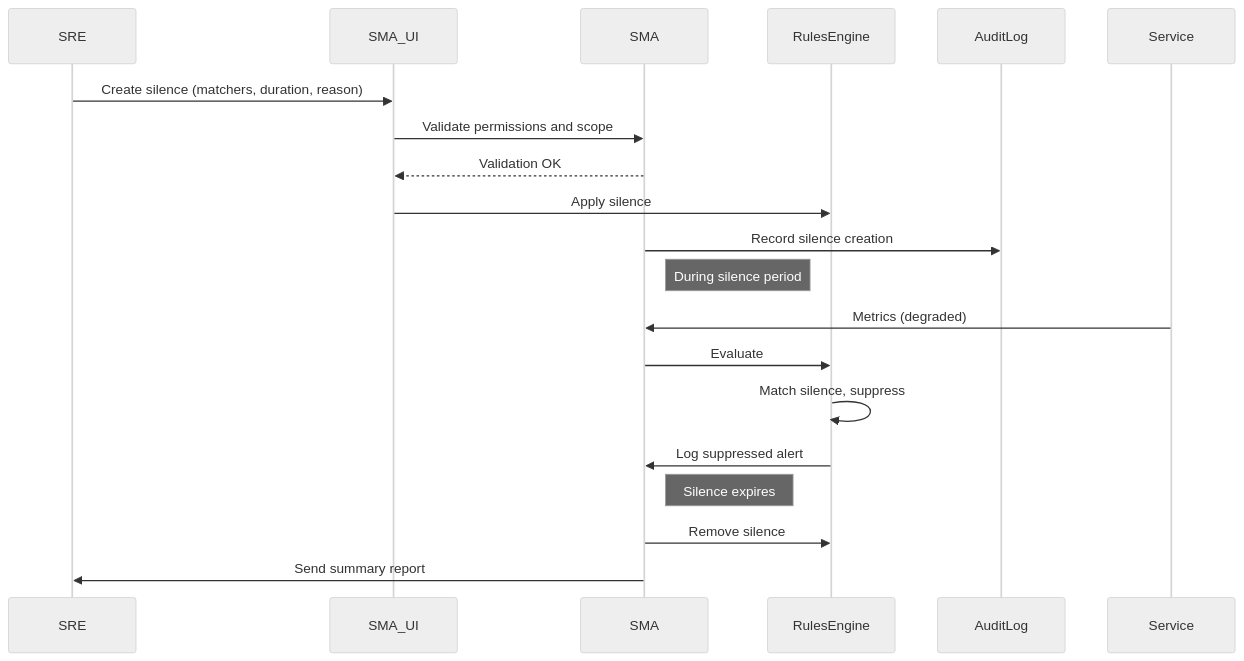
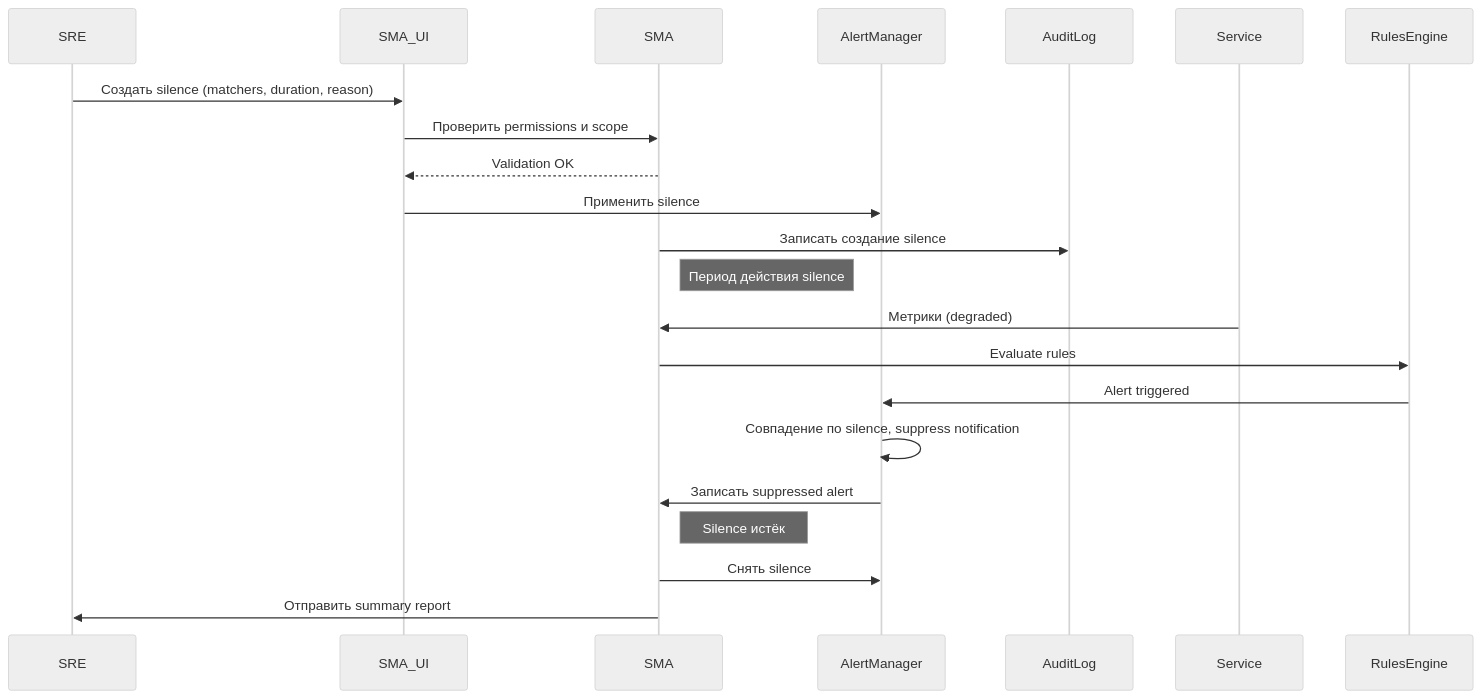
Before and after one commit to Deshelll/system-engineering: the fifth of 7 diagrams in src/conops.md, drawn with Mermaid (neutral theme). The commit also changed other lines of this file, not shown here.

````diff
--- a/src/conops.md
+++ b/src/conops.md
@@ -367,16 +366,17 @@
 ```mermaid
 sequenceDiagram
-SRE->>SMA_UI: Create silence (matchers, duration, reason)
-SMA_UI->>SMA: Validate permissions and scope
+SRE->>SMA_UI: Создать silence (matchers, duration, reason)
+SMA_UI->>SMA: Проверить permissions и scope
 SMA-->>SMA_UI: Validation OK
-SMA_UI->>RulesEngine: Apply silence
-SMA->>AuditLog: Record silence creation
-Note right of SMA: During silence period
-Service->>SMA: Metrics (degraded)
-SMA->>RulesEngine: Evaluate
-RulesEngine->>RulesEngine: Match silence, suppress
-RulesEngine->>SMA: Log suppressed alert
-Note right of SMA: Silence expires
-SMA->>RulesEngine: Remove silence
-SMA->>SRE: Send summary report
+SMA_UI->>AlertManager: Применить silence
+SMA->>AuditLog: Записать создание silence
+Note right of SMA: Период действия silence
+Service->>SMA: Метрики (degraded)
+SMA->>RulesEngine: Evaluate rules
+RulesEngine->>AlertManager: Alert triggered
+AlertManager->>AlertManager: Совпадение по silence, suppress notification
+AlertManager->>SMA: Записать suppressed alert
+Note right of SMA: Silence истёк
+SMA->>AlertManager: Снять silence
+SMA->>SRE: Отправить summary report
 ```
````
